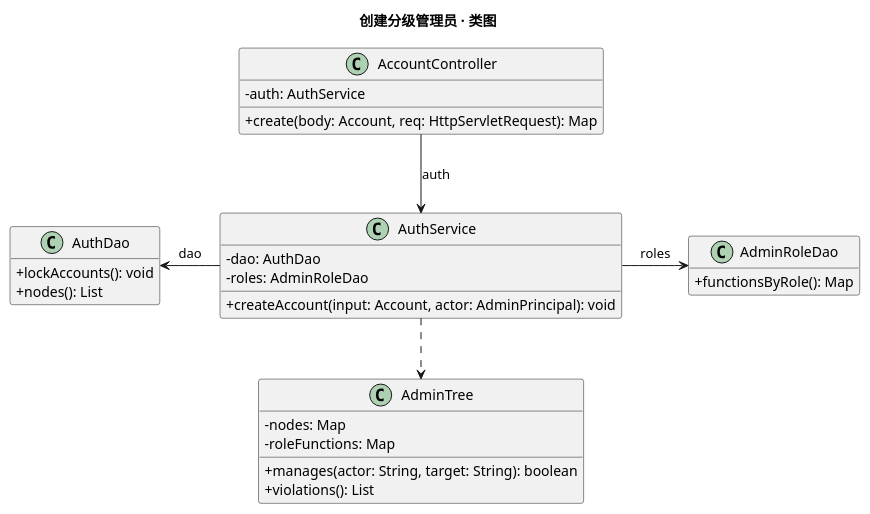
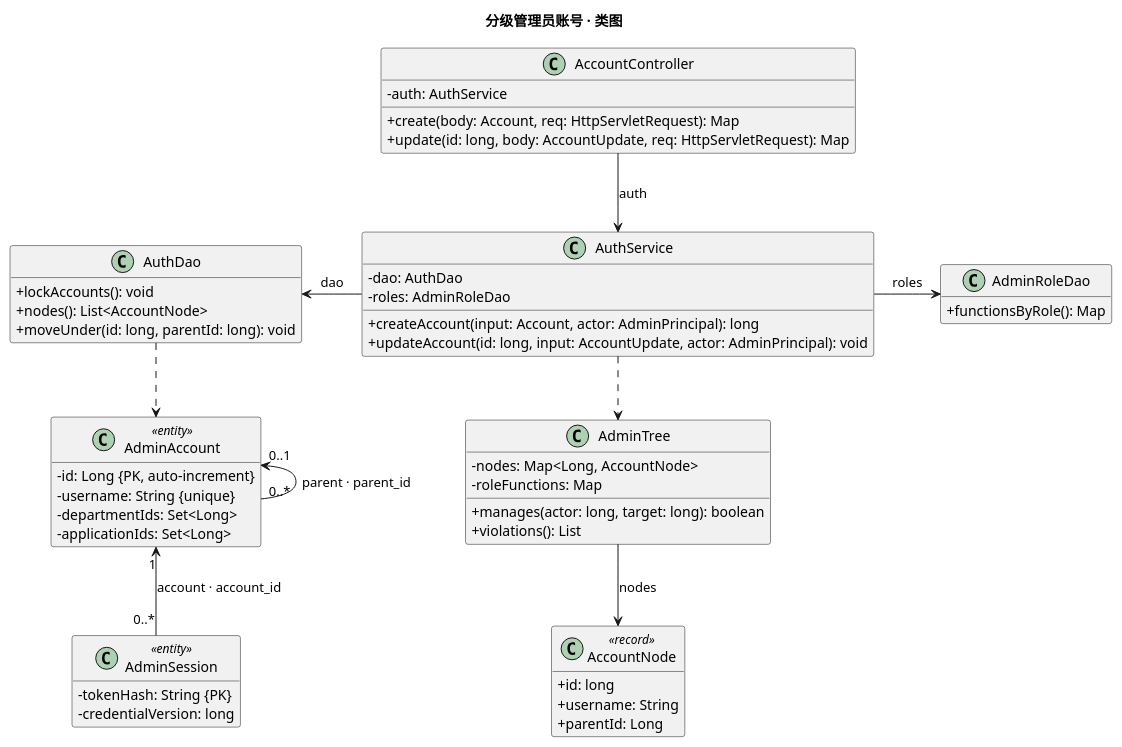
One commit to IKEA-v/MelonHub changed the diagram in doc/uml/admin-account-class.puml. Above: the diagram before and after it, drawn with PlantUML. The commit also changed 34 other files, not shown here.

Commit message:
refactor(admin): use numeric account IDs

```diff
--- a/doc/uml/admin-account-class.puml
+++ b/doc/uml/admin-account-class.puml
@@ -1,32 +1,54 @@
 @startuml
-title 创建分级管理员 · 类图
+title 分级管理员账号 · 类图
 skinparam classAttributeIconSize 0
 skinparam shadowing false
 hide empty members
 class AccountController {
   - auth: AuthService
   + create(body: Account, req: HttpServletRequest): Map
+  + update(id: long, body: AccountUpdate, req: HttpServletRequest): Map
 }
 class AuthService {
   - dao: AuthDao
   - roles: AdminRoleDao
-  + createAccount(input: Account, actor: AdminPrincipal): void
+  + createAccount(input: Account, actor: AdminPrincipal): long
+  + updateAccount(id: long, input: AccountUpdate, actor: AdminPrincipal): void
 }
 class AdminTree {
-  - nodes: Map
+  - nodes: Map<Long, AccountNode>
   - roleFunctions: Map
-  + manages(actor: String, target: String): boolean
+  + manages(actor: long, target: long): boolean
   + violations(): List
 }
 class AuthDao {
   + lockAccounts(): void
-  + nodes(): List
+  + nodes(): List<AccountNode>
+  + moveUnder(id: long, parentId: long): void
 }
 class AdminRoleDao {
   + functionsByRole(): Map
+}
+class AdminAccount <<entity>> {
+  - id: Long {PK, auto-increment}
+  - username: String {unique}
+  - departmentIds: Set<Long>
+  - applicationIds: Set<Long>
+}
+class AdminSession <<entity>> {
+  - tokenHash: String {PK}
+  - credentialVersion: long
+}
+class AccountNode <<record>> {
+  + id: long
+  + username: String
+  + parentId: Long
 }
 AccountController -down-> AuthService : auth
 AuthService -left-> AuthDao : dao
 AuthService -right-> AdminRoleDao : roles
 AuthService ..down> AdminTree
+AdminTree -down-> AccountNode : nodes
+AuthDao ..down> AdminAccount
+AdminAccount "0..*" -left-> "0..1" AdminAccount : parent · parent_id
+AdminSession "0..*" -up-> "1" AdminAccount : account · account_id
 @enduml
```
